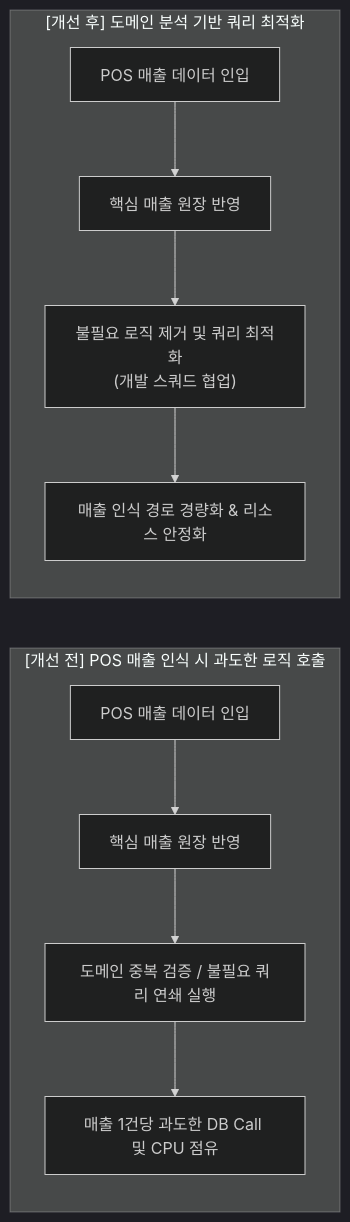
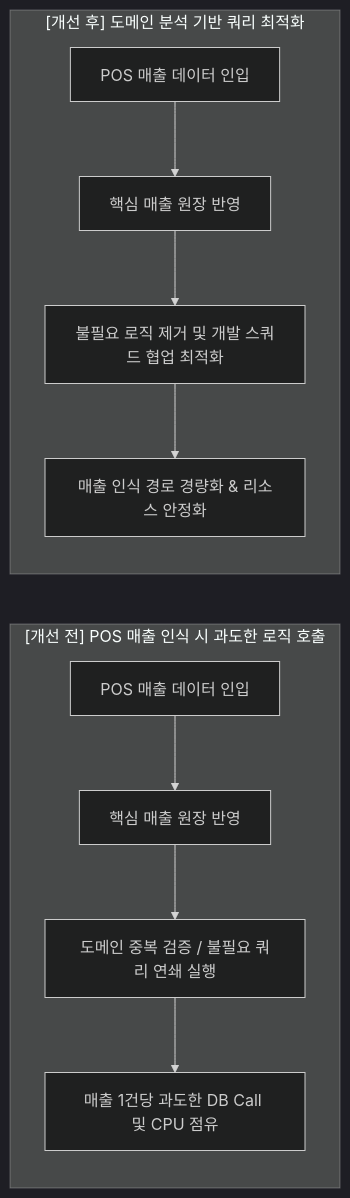
One commit to djpibo/djpibo.github.io changed the third of 5 diagrams in docs/case/2026-1Q/oy-sale-stat-hourly-cpu-sql.md. Above: the diagram before and after it, drawn with Mermaid (dark theme). The commit also changed other lines of this file and 1 other file, not shown here.

````diff
--- a/docs/case/2026-1Q/oy-sale-stat-hourly-cpu-sql.md
+++ b/docs/case/2026-1Q/oy-sale-stat-hourly-cpu-sql.md
@@ -167,16 +167,16 @@
 ```mermaid
 flowchart LR
     subgraph Before["[개선 전] POS 매출 인식 시 과도한 로직 호출"]
         direction TB
         B1["POS 매출 데이터 인입"] --> B2["핵심 매출 원장 반영"]
         B2 --> B3["도메인 중복 검증 / 불필요 쿼리 연쇄 실행"]
         B3 --> B4["매출 1건당 과도한 DB Call 및 CPU 점유"]
     end
 
     subgraph After["[개선 후] 도메인 분석 기반 쿼리 최적화"]
         direction TB
         A1["POS 매출 데이터 인입"] --> A2["핵심 매출 원장 반영"]
-        A2 --> A3["불필요 로직 제거 및 쿼리 최적화<br/>(개발 스쿼드 협업)"]
+        A2 --> A3["불필요 로직 제거 및 개발 스쿼드 협업 최적화"]
         A3 --> A4["매출 인식 경로 경량화 & 리소스 안정화"]
     end
 ```
````
